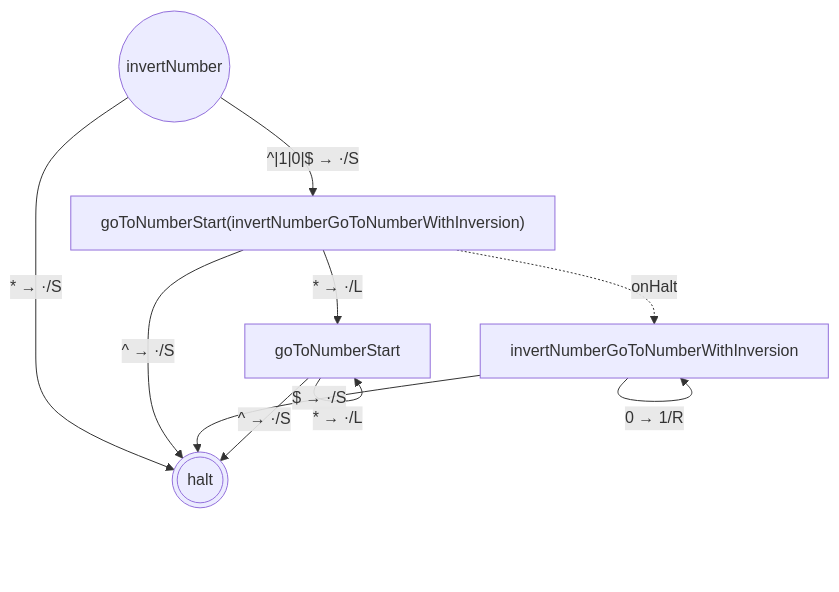
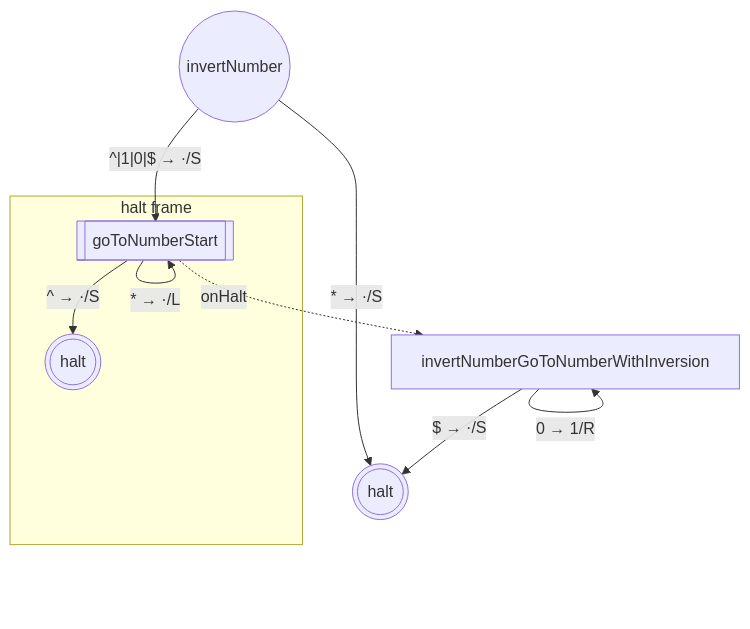
One commit to mellonis/turing-machine-js changed the sixth of 10 diagrams in packages/library-binary-numbers/states.md. Above: the diagram before and after it, drawn with Mermaid. The commit also changed other lines of this file and 10 other files, not shown here.

First line of the commit message:
feat!: cleaner `toMermaid` emit for wrapped states (closes #138, closes #139)

````diff
--- a/packages/library-binary-numbers/states.md
+++ b/packages/library-binary-numbers/states.md
@@ -86,20 +86,20 @@
 ```mermaid
 flowchart TD
 %% alphabets: [[" ","^","$","0","1"]]
   s0(((halt)))
-  s5["goToNumberStart"]
   s9["invertNumberGoToNumberWithInversion"]
-  s10["goToNumberStart(invertNumberGoToNumberWithInversion)"]
   s11(("invertNumber"))
-  s5 -- "^ → ·/S" --> s0
-  s5 -- "* → ·/L" --> s5
+  subgraph w_10["halt frame"]
+    s10[["goToNumberStart"]]
+    c10(((halt)))
+  end
   s9 -- "^ → ·/R" --> s9
   s9 -- "1 → 0/R" --> s9
   s9 -- "0 → 1/R" --> s9
   s9 -- "$ → ·/S" --> s0
-  s10 -- "^ → ·/S" --> s0
-  s10 -- "* → ·/L" --> s5
+  s10 -- "^ → ·/S" --> c10
+  s10 -- "* → ·/L" --> s10
   s10 -. onHalt .-> s9
   s11 -- "^|1|0|$ → ·/S" --> s10
   s11 -- "* → ·/S" --> s0
 ```
````
